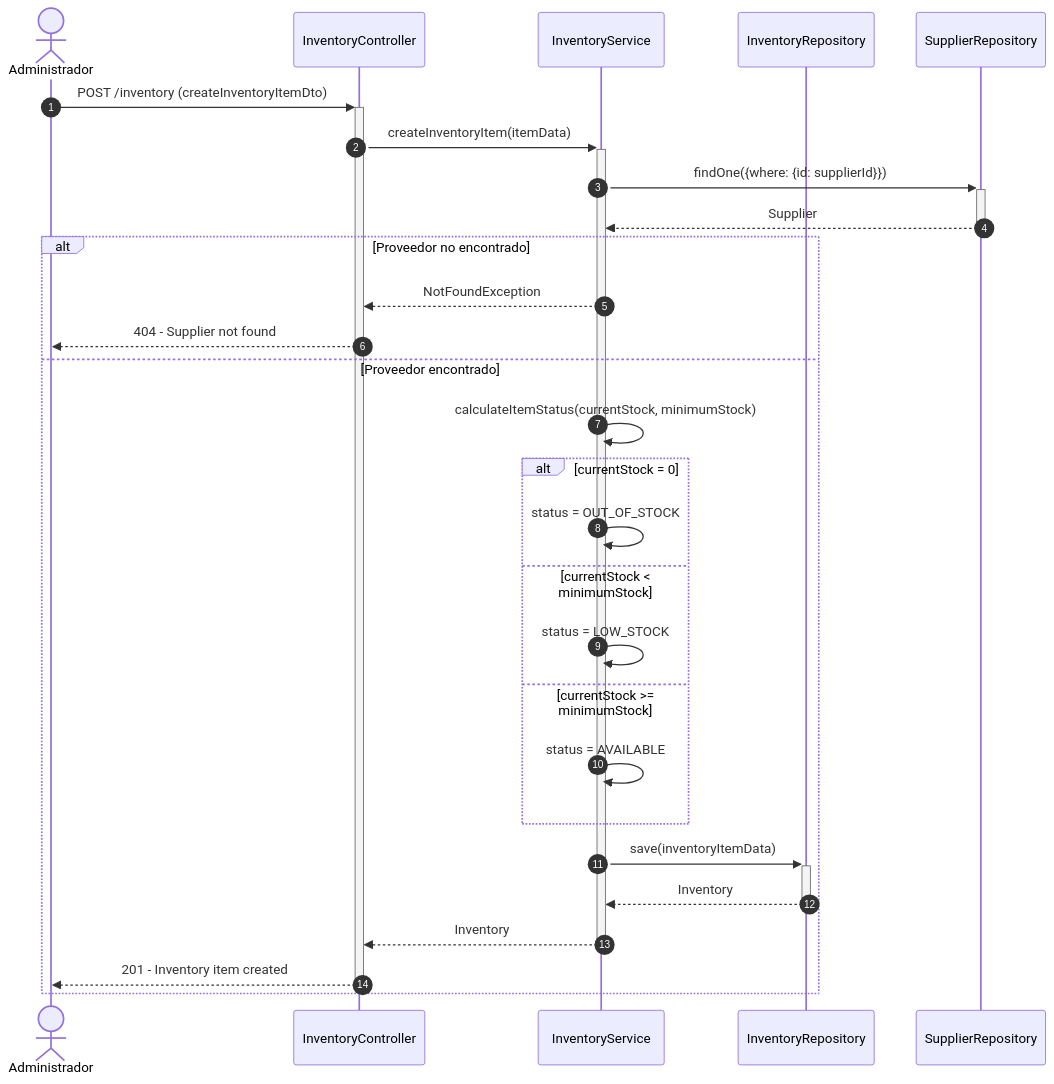
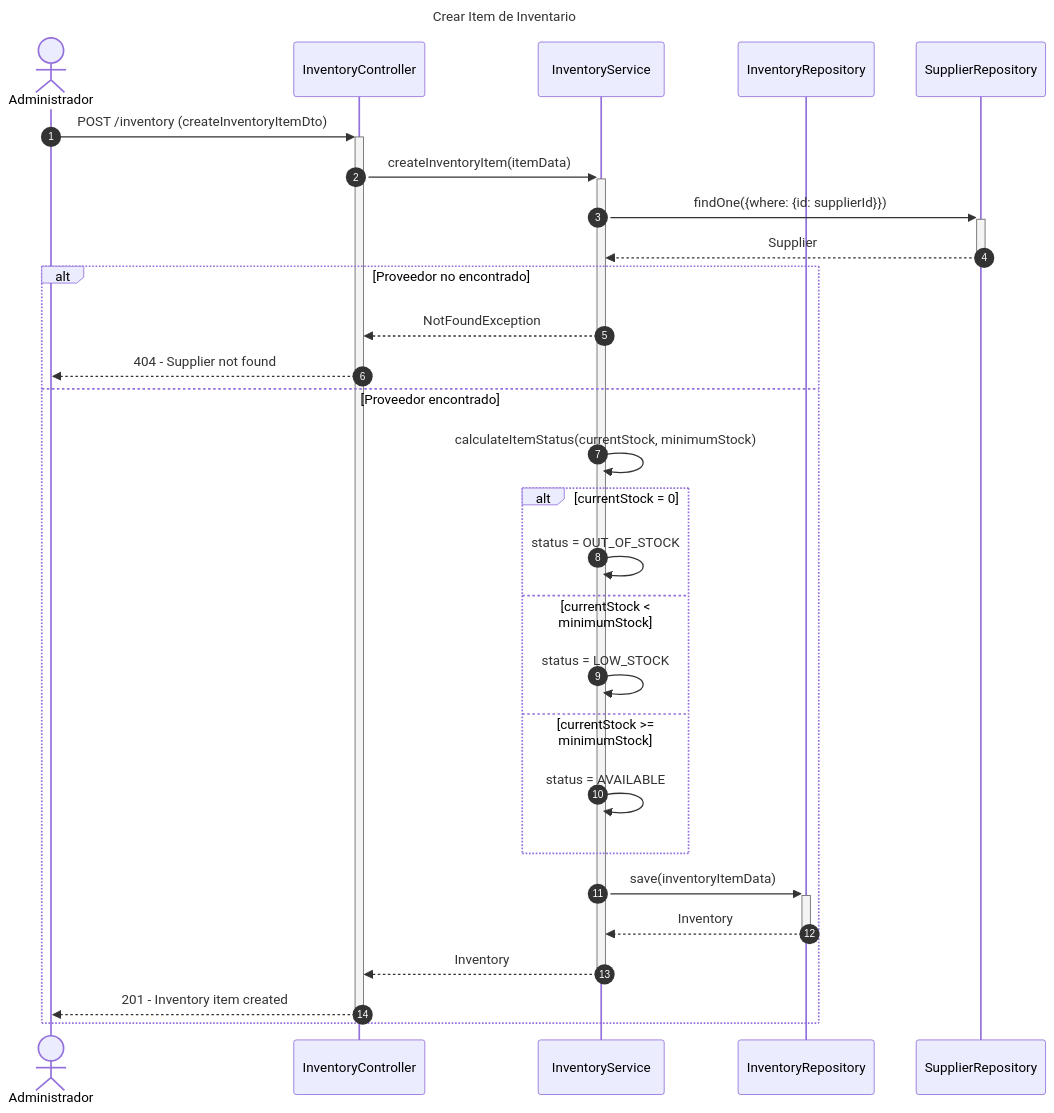
One commit to Nick220505/hotelier-backend changed the first of 8 diagrams in diagrams/sequence/inventory-sequence-diagram.md. Above: the diagram before and after it, drawn with Mermaid. The commit also changed other lines of this file and 5 other files, not shown here.

Commit message:
Add titles to sequence diagrams for Billing, Employees, Inventory, Reservations, Restaurant, and Users modules

````diff
--- a/diagrams/sequence/inventory-sequence-diagram.md
+++ b/diagrams/sequence/inventory-sequence-diagram.md
@@ -5,36 +5,39 @@
 ```mermaid
+---
+title: Crear Item de Inventario
+---
 sequenceDiagram
     autonumber
     actor Administrador
     participant Controller as InventoryController
     participant Service as InventoryService
     participant InventoryRepo as InventoryRepository
     participant SupplierRepo as SupplierRepository
 
     Administrador->>+Controller: POST /inventory (createInventoryItemDto)
     Controller->>+Service: createInventoryItem(itemData)
     
     Service->>+SupplierRepo: findOne({where: {id: supplierId}})
     SupplierRepo-->>-Service: Supplier
     
     alt Proveedor no encontrado
         Service-->>Controller: NotFoundException
         Controller-->>Administrador: 404 - Supplier not found
     else Proveedor encontrado
         Service->>Service: calculateItemStatus(currentStock, minimumStock)
         
         alt currentStock = 0
             Service->>Service: status = OUT_OF_STOCK
         else currentStock < minimumStock
             Service->>Service: status = LOW_STOCK
         else currentStock >= minimumStock
             Service->>Service: status = AVAILABLE
         end
         
         Service->>+InventoryRepo: save(inventoryItemData)
         InventoryRepo-->>-Service: Inventory
         
         Service-->>-Controller: Inventory
         Controller-->>-Administrador: 201 - Inventory item created
     end
 ```
````
